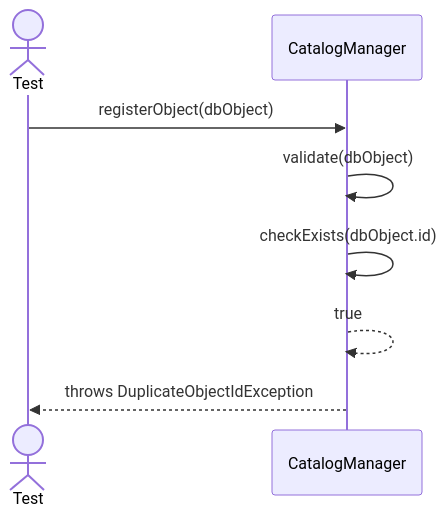
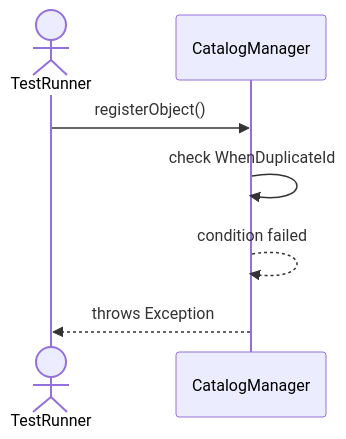
Before and after one commit to TamBui1706/DBMS: the second of 10 diagrams in Sequences/Core/CatalogManager.md, drawn with Mermaid. The commit also changed other lines of this file and 63 other files, not shown here.

Commit message:
Draw sequence diagram for unit tests

````diff
--- a/Sequences/Core/CatalogManager.md
+++ b/Sequences/Core/CatalogManager.md
@@ -35,11 +32,9 @@
 ```mermaid
 sequenceDiagram
-    actor Test
+    actor TestRunner
     participant CatalogManager
-
-    Test->>CatalogManager: registerObject(dbObject)
-    CatalogManager->>CatalogManager: validate(dbObject)
-    CatalogManager->>CatalogManager: checkExists(dbObject.id)
-    CatalogManager-->>CatalogManager: true
-    CatalogManager-->>Test: throws DuplicateObjectIdException
+    TestRunner->>CatalogManager: registerObject()
+    CatalogManager->>CatalogManager: check WhenDuplicateId
+    CatalogManager-->>CatalogManager: condition failed
+    CatalogManager-->>TestRunner: throws Exception
 ```
````
